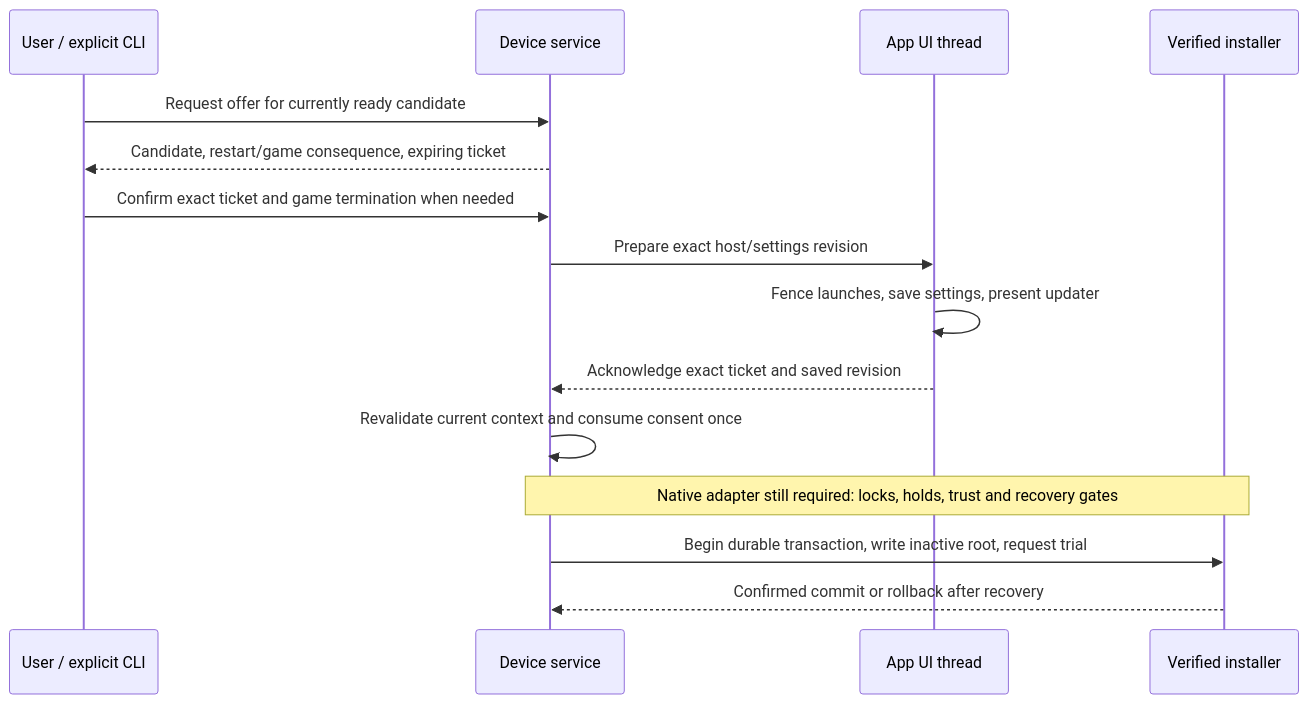
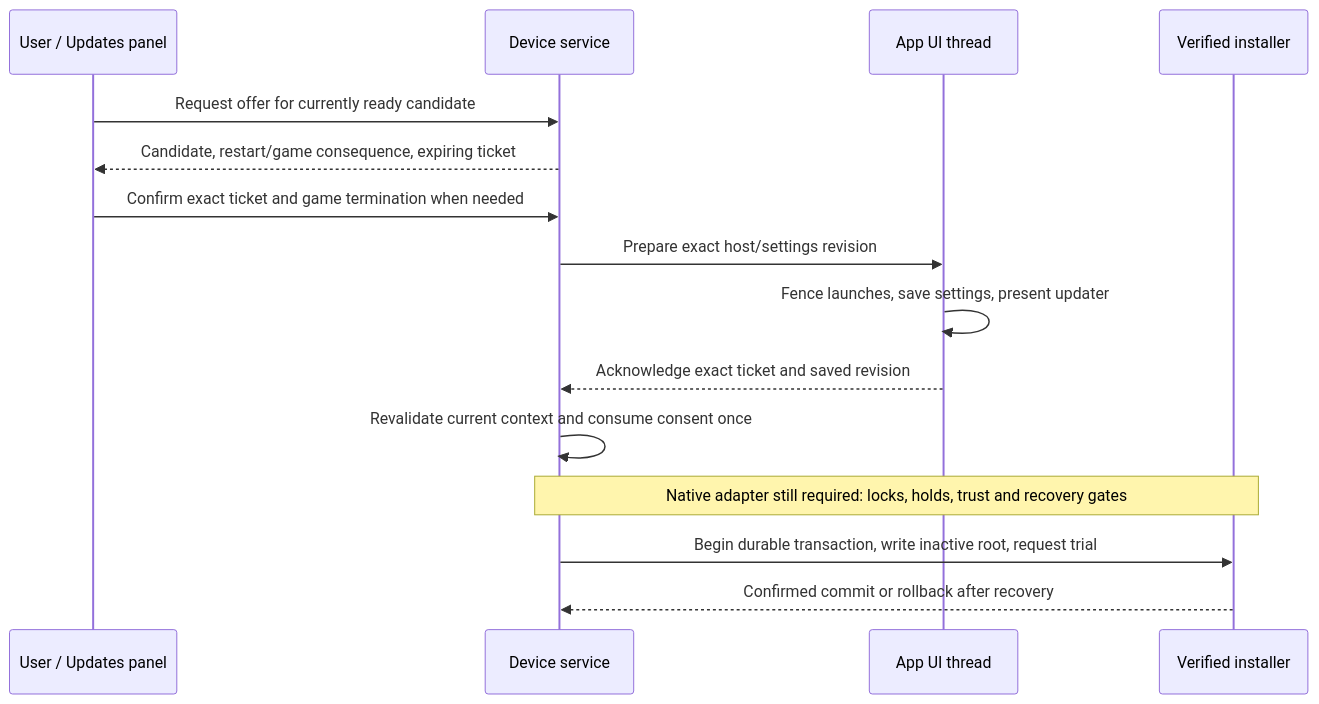
Before and after one commit to aortez/space-wars: the diagram in docs/ota-install-handoff.md, drawn with Mermaid. The commit also changed other lines of this file and 28 other files, not shown here.

````diff
--- a/docs/ota-install-handoff.md
+++ b/docs/ota-install-handoff.md
@@ -22,17 +24,17 @@
 ```mermaid
 sequenceDiagram
-    participant U as User / explicit CLI
+    participant U as User / Updates panel
     participant S as Device service
     participant H as App UI thread
     participant W as Verified installer
     U->>S: Request offer for currently ready candidate
     S-->>U: Candidate, restart/game consequence, expiring ticket
     U->>S: Confirm exact ticket and game termination when needed
     S->>H: Prepare exact host/settings revision
     H->>H: Fence launches, save settings, present updater
     H-->>S: Acknowledge exact ticket and saved revision
     S->>S: Revalidate current context and consume consent once
     Note over S,W: Native adapter still required: locks, holds, trust and recovery gates
     S->>W: Begin durable transaction, write inactive root, request trial
     W-->>S: Confirmed commit or rollback after recovery
 ```
````
